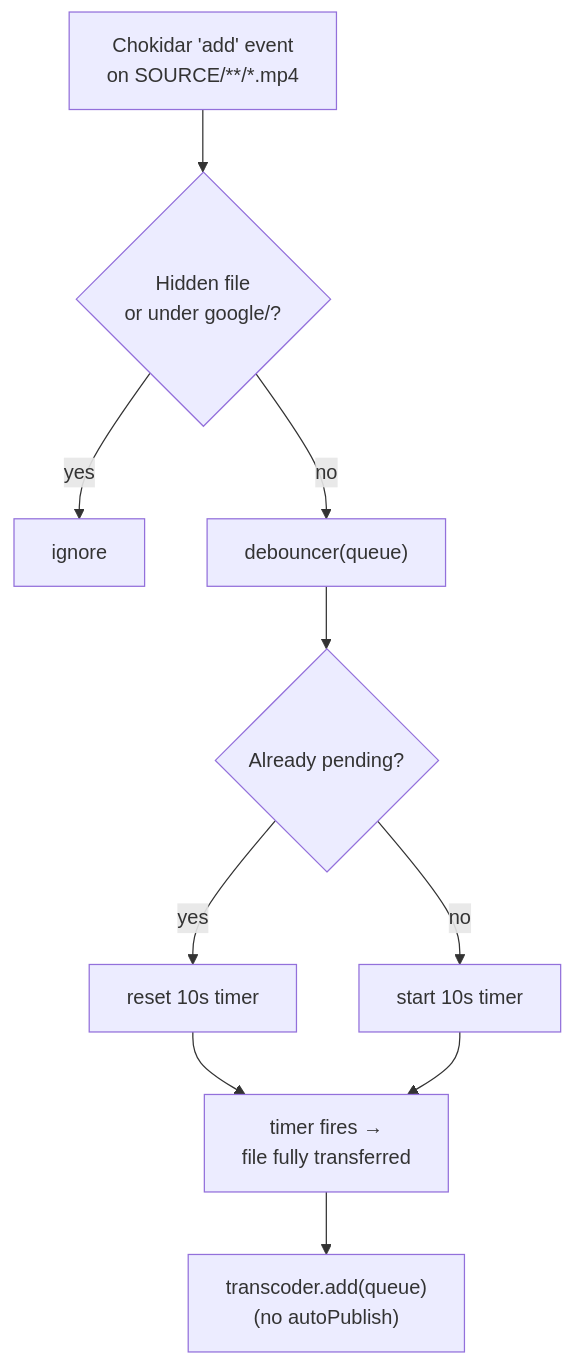
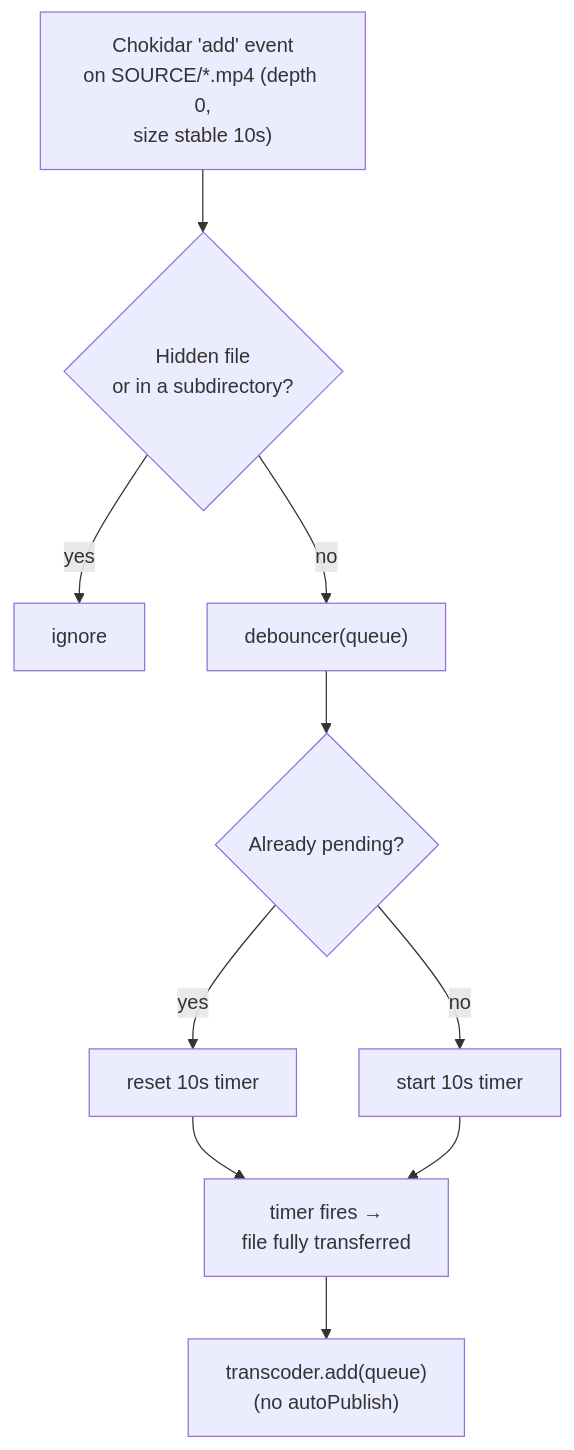
One commit to bossoq/auto-convert-to-hls changed the third of 7 diagrams in docs/ARCHITECTURE.md. Above: the diagram before and after it, drawn with Mermaid. The commit also changed other lines of this file and 8 other files, not shown here.

````diff
--- a/docs/ARCHITECTURE.md
+++ b/docs/ARCHITECTURE.md
@@ -107,12 +107,12 @@
 ```mermaid
 flowchart TD
-    A["Chokidar 'add' event<br/>on SOURCE/**/*.mp4"] --> B{Hidden file<br/>or under google/?}
+    A["Chokidar 'add' event<br/>on SOURCE/*.mp4 (depth 0,<br/>size stable 10s)"] --> B{Hidden file<br/>or in a subdirectory?}
     B -->|yes| Z["ignore"]
     B -->|no| C["debouncer(queue)"]
     C --> D{Already pending?}
     D -->|yes| E["reset 10s timer"]
     D -->|no| F["start 10s timer"]
     E --> G
     F --> G["timer fires →<br/>file fully transferred"]
     G --> H["transcoder.add(queue)<br/>(no autoPublish)"]
 ```
````
